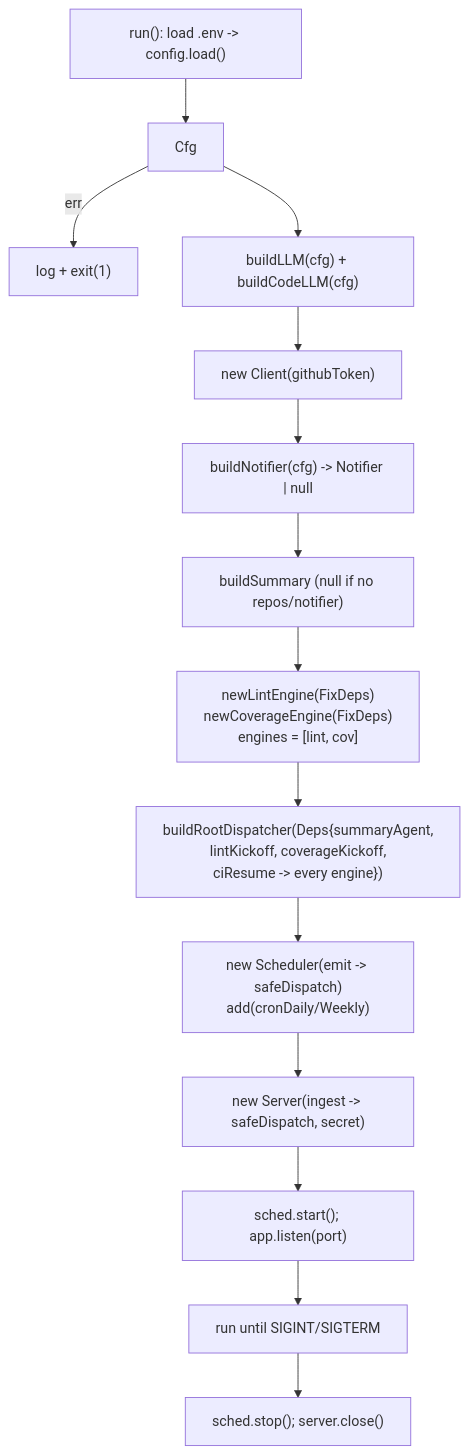
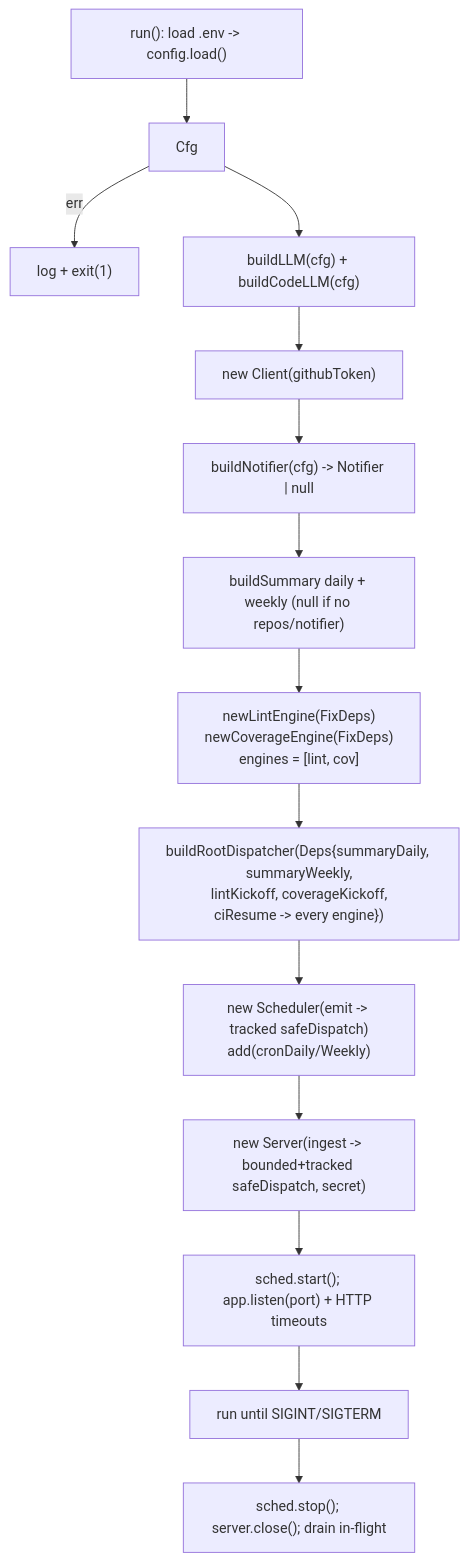
The diagram in javascript/cmd/agent/AGENTS.md (jkjamies/automation-agent), drawn with Mermaid before and after one commit. The commit also changed other lines of this file and 30 other files, not shown here.

````diff
--- a/javascript/cmd/agent/AGENTS.md
+++ b/javascript/cmd/agent/AGENTS.md
@@ -5,16 +5,16 @@
 ```mermaid
 flowchart TD
     Main["run(): load .env -> config.load()"] --> Cfg
     Cfg -->|err| Fatal["log + exit(1)"]
     Cfg --> LLM["buildLLM(cfg) + buildCodeLLM(cfg)"]
     LLM --> GH["new Client(githubToken)"]
     GH --> Notif["buildNotifier(cfg) -> Notifier | null"]
-    Notif --> SumA["buildSummary (null if no repos/notifier)"]
+    Notif --> SumA["buildSummary daily + weekly (null if no repos/notifier)"]
     SumA --> Eng["newLintEngine(FixDeps)\nnewCoverageEngine(FixDeps)\nengines = [lint, cov]"]
-    Eng --> Disp["buildRootDispatcher(Deps{summaryAgent,\nlintKickoff, coverageKickoff,\nciResume -> every engine})"]
-    Disp --> Sched["new Scheduler(emit -> safeDispatch)\nadd(cronDaily/Weekly)"]
-    Sched --> Web["new Server(ingest -> safeDispatch, secret)"]
-    Web --> Listen["sched.start(); app.listen(port)"]
+    Eng --> Disp["buildRootDispatcher(Deps{summaryDaily, summaryWeekly,\nlintKickoff, coverageKickoff,\nciResume -> every engine})"]
+    Disp --> Sched["new Scheduler(emit -> tracked safeDispatch)\nadd(cronDaily/Weekly)"]
+    Sched --> Web["new Server(ingest -> bounded+tracked safeDispatch, secret)"]
+    Web --> Listen["sched.start(); app.listen(port) + HTTP timeouts"]
     Listen --> Block["run until SIGINT/SIGTERM"]
-    Block --> Shutdown["sched.stop(); server.close()"]
+    Block --> Shutdown["sched.stop(); server.close(); drain in-flight"]
 ```
````
